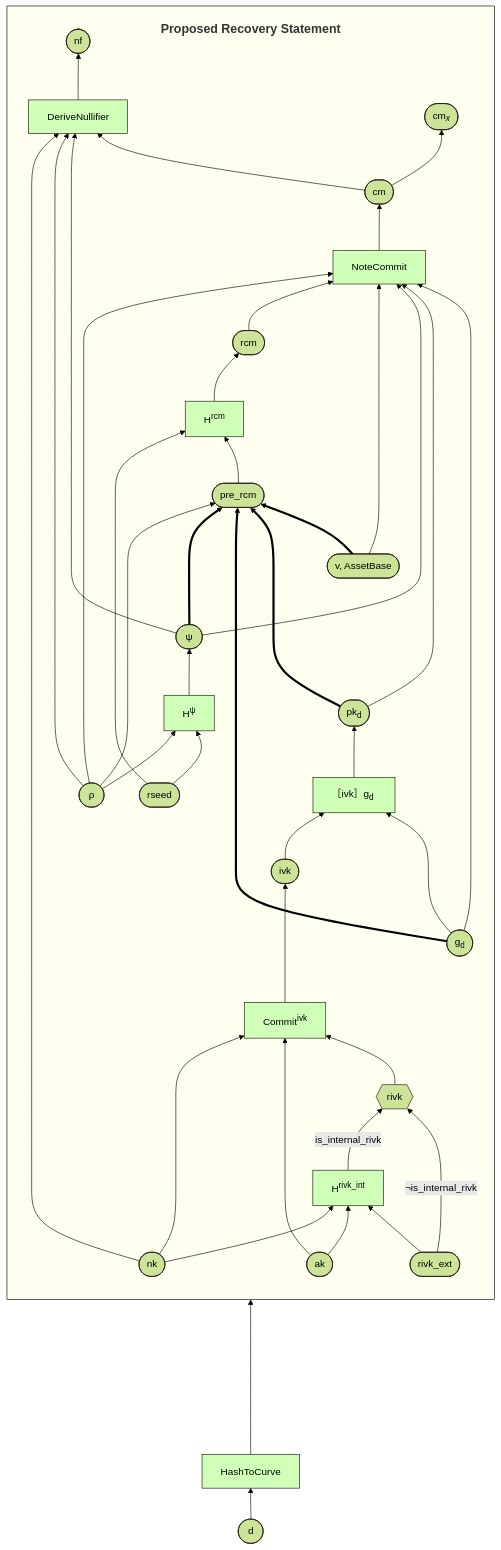
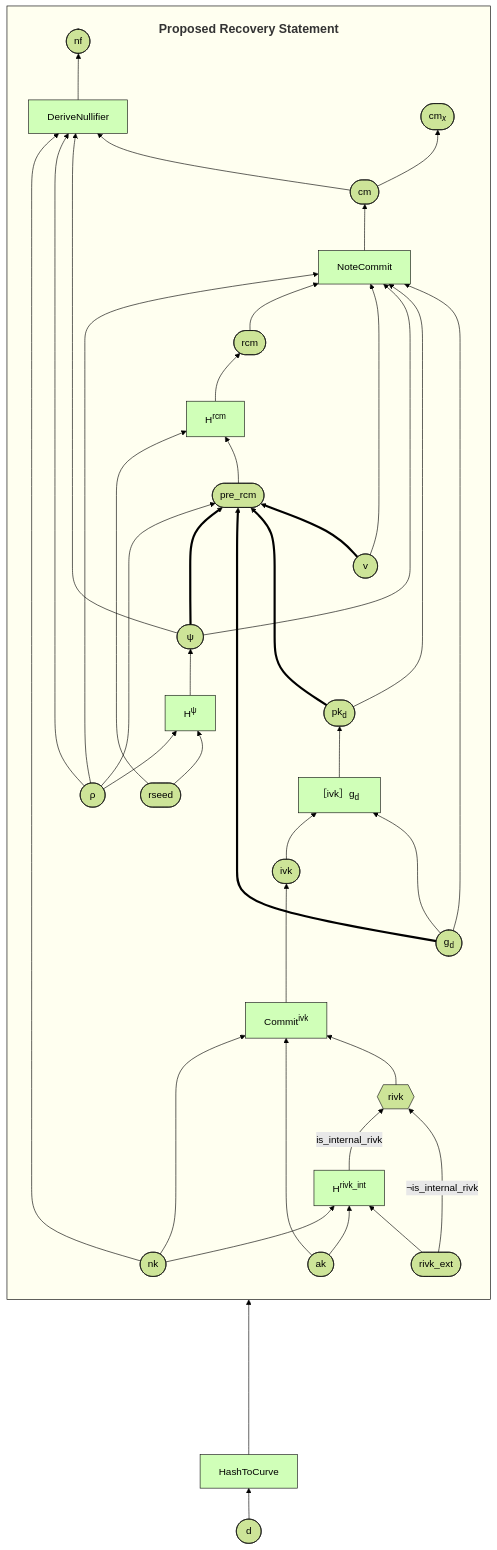
Before and after one commit to zcash/zips: the second of 4 diagrams in zips/zip-2005.md, drawn with Mermaid (forest theme). The commit also changed other lines of this file, not shown here.

First line of the commit message:
ZIP 2005: Drop AssetBase from H^{rcm,Orchard}.

````diff
--- a/zips/zip-2005.md
+++ b/zips/zip-2005.md
@@ -249,54 +249,54 @@
 ```mermaid
 graph BT
   classDef default stroke:#111111;
   classDef func fill:#d0ffb8;
   classDef cefunc fill:#a0e0a0;
   classDef sensitive fill:#ffb0b0;
   classDef semi_sensitive fill:#ffb0ff;
   classDef circuit stroke:#000000, fill:#fffff0;
   classDef spacer opacity:0;
 
   PostQC:::circuit
   subgraph PostQC[<div style="margin:1.1em;font-size:20px"><b>Proposed Recovery Statement</b></div>]
     direction BT
     rivk_ext([rivk_ext]) --> Hrivk_int[H<sup>rivk_int</sup>]:::func
     ak([ak]) --> Hrivk_int[H<sup>rivk_int</sup>]:::func
     nk --> Hrivk_int
     rivk_ext -->|¬is_internal_rivk| rivk
     Hrivk_int -->|is_internal_rivk| rivk{{rivk}}
     rivk --> Commitivk[Commit<sup>ivk</sup>]:::func
     ak([ak]) ----> Commitivk
     nk([nk]) ----> Commitivk
     Commitivk ---> ivk([ivk])
     gd ---> ivkmul[［ivk］g<sub>d</sub>&nbsp;]:::func
     ivk --> ivkmul
     rseed --> Hpsi[H<sup>ψ</sup>]:::func
     rho --> Hpsi
-    v([v, AssetBase]) ==> pre_rcm([pre_rcm])
+    v([#8239;v#8239;]) ==> pre_rcm([pre_rcm])
     pkd ====> pre_rcm
     gd ==> pre_rcm
     psi ===> pre_rcm
     rho([#8239;ρ#8239;]) --> pre_rcm
     v ~~~~ rcm
     ivkmul --> pkd([pk<sub>d</sub>])
     pre_rcm --> Hrcm[H<sup>rcm</sup>]:::func
     rseed([rseed]) --> Hrcm
     Hrcm --> rcm([rcm])
     Hpsi --> psi([#8239;ψ#8239;])
     gd --> NoteCommit:::func
     pkd --> NoteCommit
     psi --> NoteCommit
     v --> NoteCommit
     rcm --> NoteCommit
     rho --> NoteCommit
     cm --> DeriveNullifier:::func
     psi --> DeriveNullifier
     rho --> DeriveNullifier
     nk --> DeriveNullifier
     NoteCommit --> cm([cm])
     DeriveNullifier --> nf([nf])
     cm --> cmx([cm<sub><i>x</i></sub>])
   end
 
   d([#8239;d#8239;]) --> HashToCurve:::func ------> gd([g<sub>d</sub>])
 ```
````
